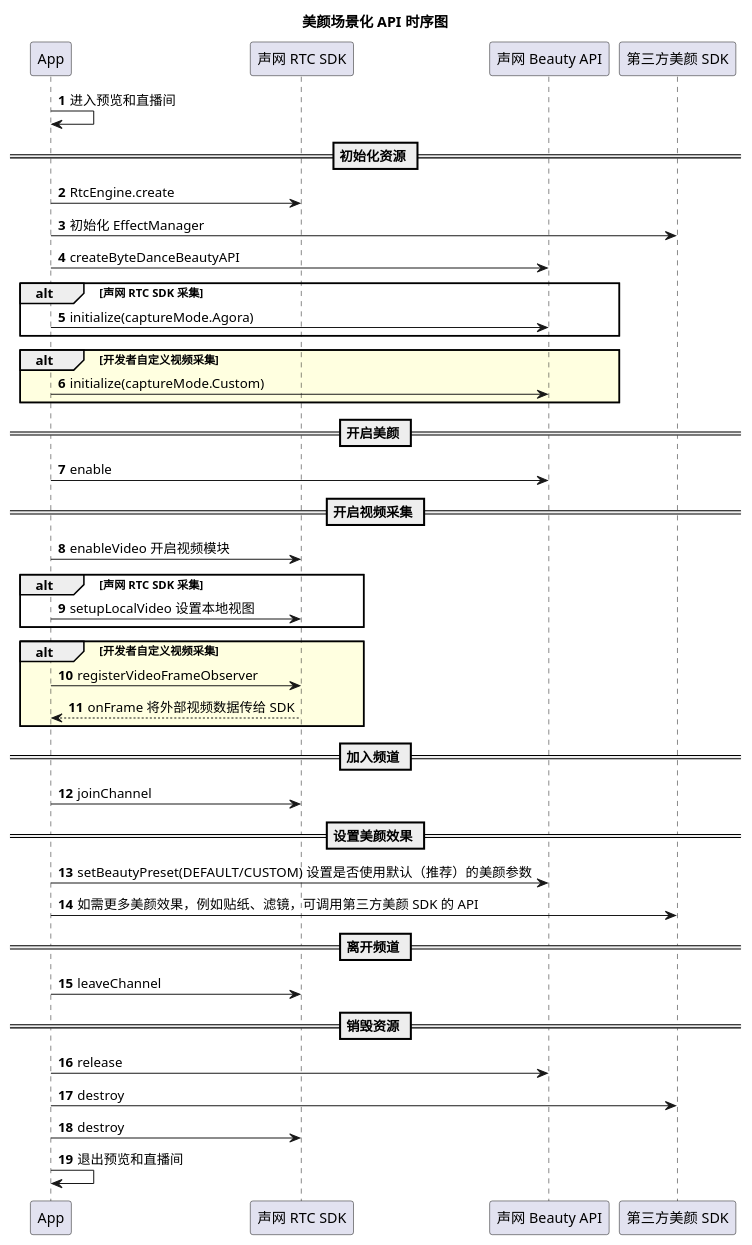
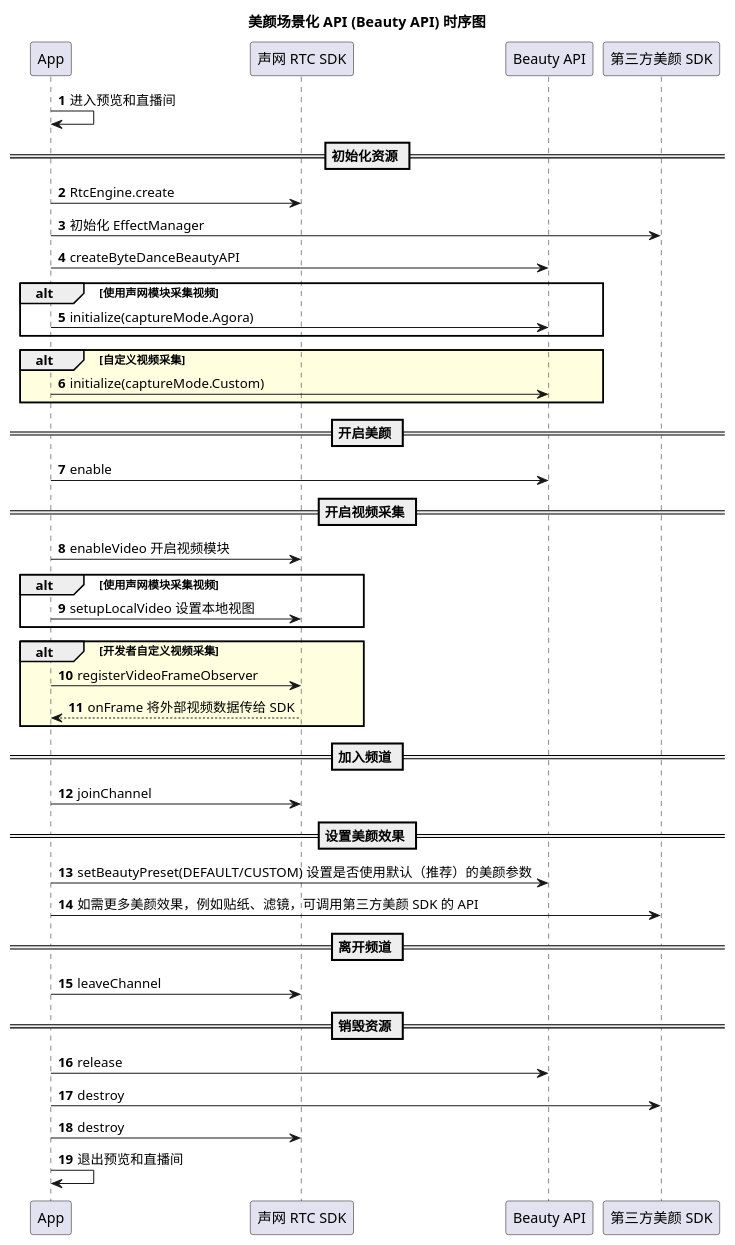
The diagram in markdown/beauty/字节Android时序图.wsd (AgoraIO/agora_doc_source), drawn with PlantUML before and after one commit. The commit also changed 6 other files, not shown here.

```diff
--- a/markdown/beauty/字节Android时序图.wsd
+++ b/markdown/beauty/字节Android时序图.wsd
@@ -1,42 +1,42 @@
-@startuml 美颜场景化API
+@startuml
 autonumber
-title 美颜场景化 API 时序图
+title 美颜场景化 API (Beauty API) 时序图
 participant "App" as app
 participant "声网 RTC SDK" as rtc
-participant "声网 Beauty API" as api
+participant "Beauty API" as api
 participant "第三方美颜 SDK" as beauty
 app -> app: 进入预览和直播间
 == 初始化资源 ==
 app -> rtc: RtcEngine.create
 app -> beauty: 初始化 EffectManager
 app -> api: createByteDanceBeautyAPI
-alt 声网 RTC SDK 采集
+alt 使用声网模块采集视频
 app -> api: initialize(captureMode.Agora)
 end
-alt #LightYellow 开发者自定义视频采集
+alt #LightYellow 自定义视频采集
 app -> api: initialize(captureMode.Custom)
 end
 == 开启美颜 ==
 app -> api: enable
 == 开启视频采集 ==
 app -> rtc: enableVideo 开启视频模块
-alt 声网 RTC SDK 采集
+alt 使用声网模块采集视频
 app -> rtc: setupLocalVideo 设置本地视图
 end
 alt #LightYellow 开发者自定义视频采集
 app -> rtc: registerVideoFrameObserver
 rtc --> app: onFrame 将外部视频数据传给 SDK
 end
 == 加入频道 ==
 app -> rtc: joinChannel
 == 设置美颜效果 ==
 app -> api: setBeautyPreset(DEFAULT/CUSTOM) 设置是否使用默认（推荐）的美颜参数
 app -> beauty: 如需更多美颜效果，例如贴纸、滤镜，可调用第三方美颜 SDK 的 API
 == 离开频道 ==
 app -> rtc: leaveChannel
 == 销毁资源 ==
 app -> api: release
 app -> beauty: destroy
 app -> rtc: destroy
 app -> app: 退出预览和直播间
 @enduml
```
